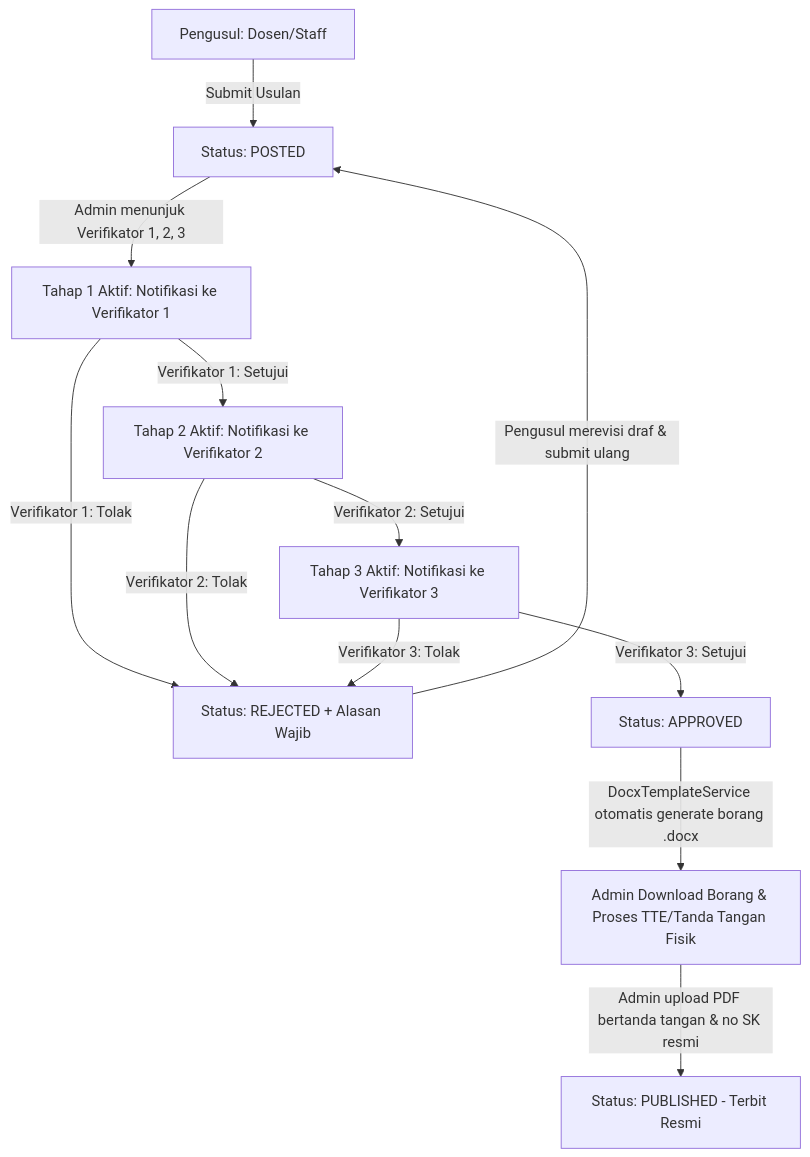
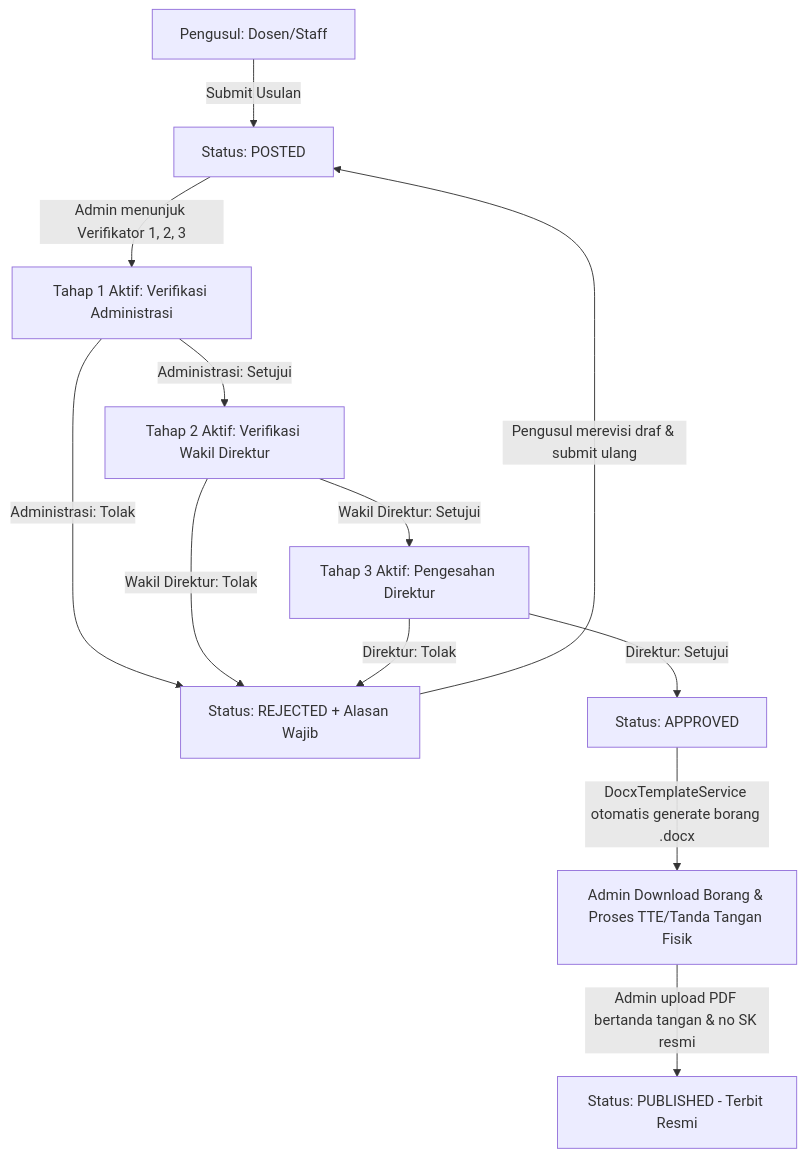
The diagram in PRD_Verifikasi_Tiga_Tahap_Polibatam_Surat.md (Macacihya/Polibatam-surat), drawn with Mermaid before and after one commit. The commit also changed other lines of this file and 8 other files, not shown here.

````diff
--- a/PRD_Verifikasi_Tiga_Tahap_Polibatam_Surat.md
+++ b/PRD_Verifikasi_Tiga_Tahap_Polibatam_Surat.md
@@ -63,19 +65,19 @@
 ```mermaid
 graph TD
     A[Pengusul: Dosen/Staff] -->|Submit Usulan| B[Status: POSTED]
-    B -->|Admin menunjuk Verifikator 1, 2, 3| C[Tahap 1 Aktif: Notifikasi ke Verifikator 1]
+    B -->|Admin menunjuk Verifikator 1, 2, 3| C[Tahap 1 Aktif: Verifikasi Administrasi]
     
-    C -->|Verifikator 1: Tolak| R[Status: REJECTED + Alasan Wajib]
-    C -->|Verifikator 1: Setujui| D[Tahap 2 Aktif: Notifikasi ke Verifikator 2]
+    C -->|Administrasi: Tolak| R[Status: REJECTED + Alasan Wajib]
+    C -->|Administrasi: Setujui| D[Tahap 2 Aktif: Verifikasi Wakil Direktur]
     
-    D -->|Verifikator 2: Tolak| R
-    D -->|Verifikator 2: Setujui| E[Tahap 3 Aktif: Notifikasi ke Verifikator 3]
+    D -->|Wakil Direktur: Tolak| R
+    D -->|Wakil Direktur: Setujui| E[Tahap 3 Aktif: Pengesahan Direktur]
     
-    E -->|Verifikator 3: Tolak| R
-    E -->|Verifikator 3: Setujui| F[Status: APPROVED]
+    E -->|Direktur: Tolak| R
+    E -->|Direktur: Setujui| F[Status: APPROVED]
     
     R -->|Pengusul merevisi draf & submit ulang| B
     
     F -->|DocxTemplateService otomatis generate borang .docx| G[Admin Download Borang & Proses TTE/Tanda Tangan Fisik]
     G -->|Admin upload PDF bertanda tangan & no SK resmi| H[Status: PUBLISHED - Terbit Resmi]
 ```
````
